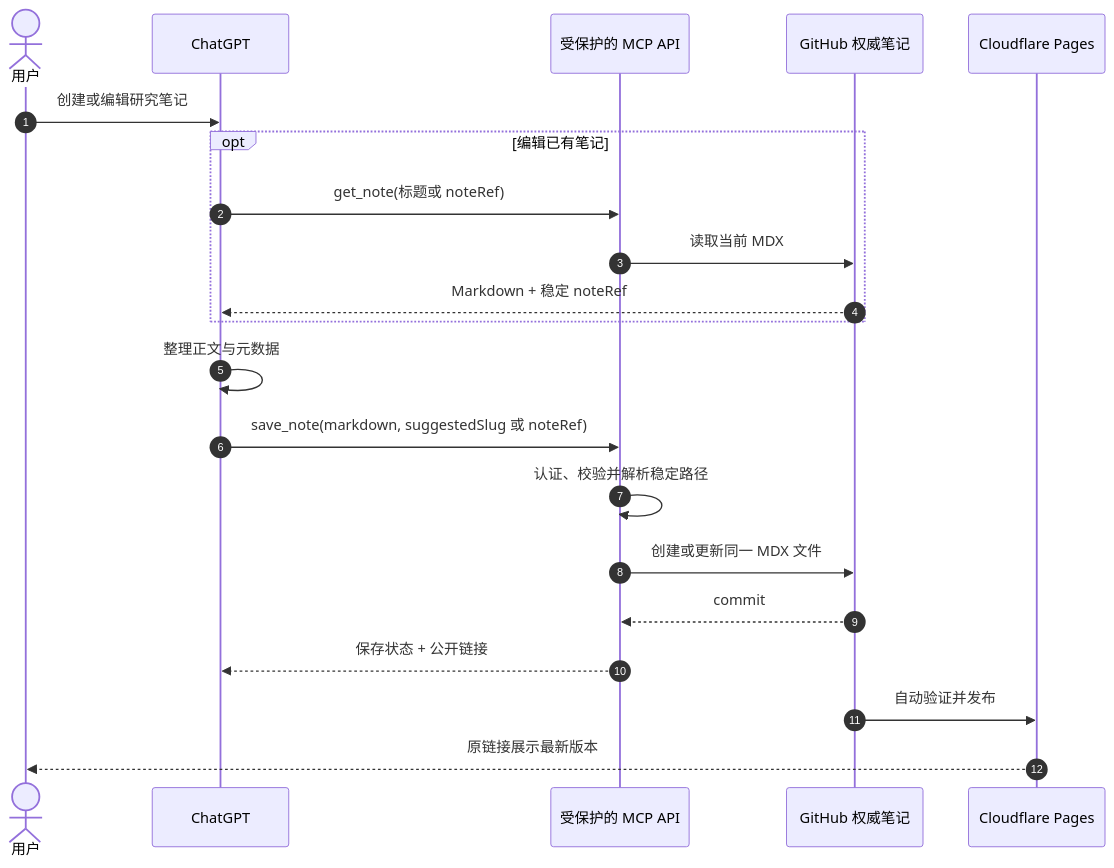
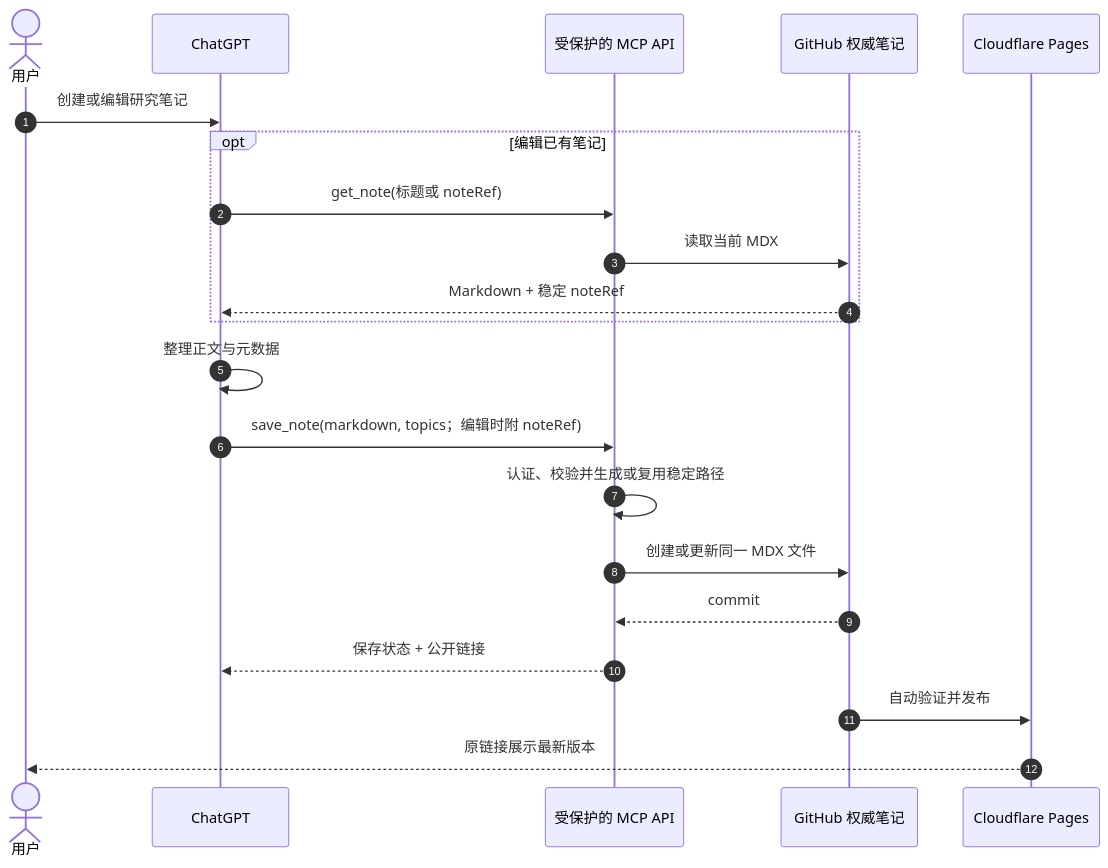
The second of 2 diagrams in profiles/default/content/zh/notes/chatgpt-notes-publishing-workflow.mdx (Nunchakus888/dossierkit), drawn with Mermaid before and after one commit. The commit also changed other lines of this file and 7 other files, not shown here.

````diff
--- a/profiles/default/content/zh/notes/chatgpt-notes-publishing-workflow.mdx
+++ b/profiles/default/content/zh/notes/chatgpt-notes-publishing-workflow.mdx
@@ -106,24 +107,24 @@
 ```mermaid
 sequenceDiagram
   autonumber
   actor User as 用户
   participant GPT as ChatGPT
   participant MCP as 受保护的 MCP API
   participant GH as GitHub 权威笔记
   participant Site as Cloudflare Pages
 
   User->>GPT: 创建或编辑研究笔记
   opt 编辑已有笔记
     GPT->>MCP: get_note(标题或 noteRef)
     MCP->>GH: 读取当前 MDX
     GH-->>GPT: Markdown + 稳定 noteRef
   end
   GPT->>GPT: 整理正文与元数据
-  GPT->>MCP: save_note(markdown, suggestedSlug 或 noteRef)
-  MCP->>MCP: 认证、校验并解析稳定路径
+  GPT->>MCP: save_note(markdown, topics；编辑时附 noteRef)
+  MCP->>MCP: 认证、校验并生成或复用稳定路径
   MCP->>GH: 创建或更新同一 MDX 文件
   GH-->>MCP: commit
   MCP-->>GPT: 保存状态 + 公开链接
   GH->>Site: 自动验证并发布
   Site-->>User: 原链接展示最新版本
 ```
````
